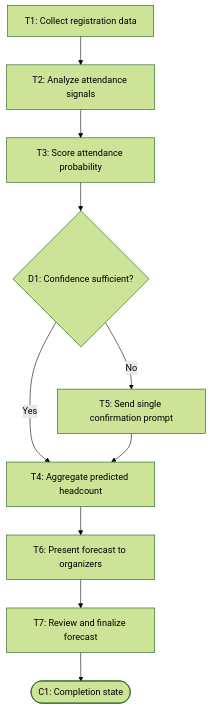
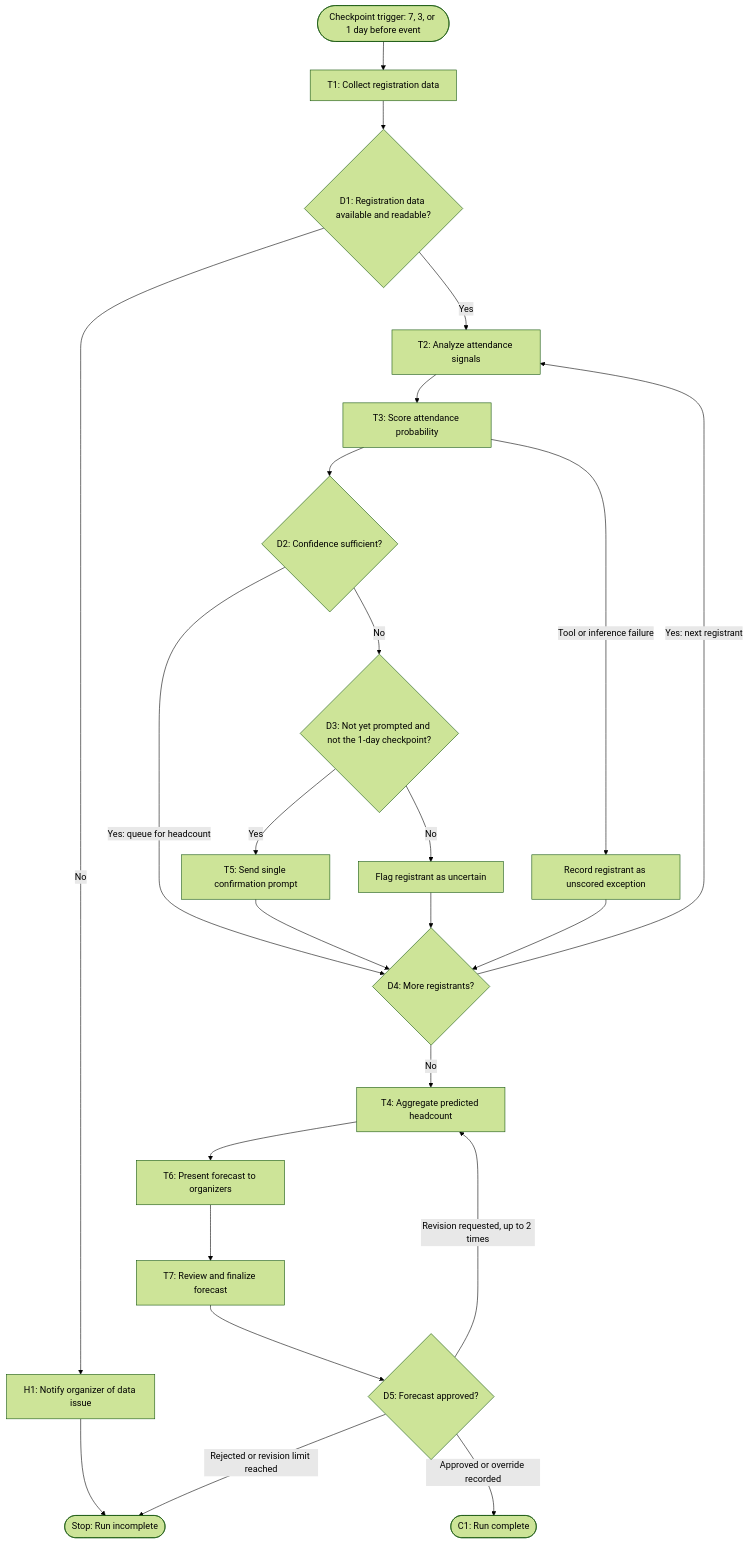
Before and after one commit to ChrisLim7/BUS4498_InClass_Builds: the diagram in my_first_agent/agent/workflow-of-tasks.md, drawn with Mermaid (forest theme). The commit also changed other lines of this file, not shown here.

Commit message:
Revise workflow with looops, exceptions, and organizer review

````diff
--- a/my_first_agent/agent/workflow-of-tasks.md
+++ b/my_first_agent/agent/workflow-of-tasks.md
@@ -23,12 +29,26 @@
 ```mermaid
 flowchart TD
-    T1[T1: Collect registration data] --> T2[T2: Analyze attendance signals]
+    S0([Checkpoint trigger: 7, 3, or 1 day before event]) --> T1[T1: Collect registration data]
+    T1 --> D1{D1: Registration data available and readable?}
+    D1 -->|No| H1[H1: Notify organizer of data issue]
+    H1 --> E1([Stop: Run incomplete])
+    D1 -->|Yes| T2[T2: Analyze attendance signals]
     T2 --> T3[T3: Score attendance probability]
-    T3 --> D1{D1: Confidence sufficient?}
-    D1 -->|Yes| T4[T4: Aggregate predicted headcount]
-    D1 -->|No| T5[T5: Send single confirmation prompt]
-    T5 --> T4
+    T3 -->|Tool or inference failure| X1[Record registrant as unscored exception]
+    T3 --> D2{D2: Confidence sufficient?}
+    D2 -->|Yes: queue for headcount| D4{D4: More registrants?}
+    D2 -->|No| D3{D3: Not yet prompted and not the 1-day checkpoint?}
+    D3 -->|Yes| T5[T5: Send single confirmation prompt]
+    D3 -->|No| F1[Flag registrant as uncertain]
+    T5 --> D4
+    F1 --> D4
+    X1 --> D4
+    D4 -->|Yes: next registrant| T2
+    D4 -->|No| T4[T4: Aggregate predicted headcount]
     T4 --> T6[T6: Present forecast to organizers]
     T6 --> T7[T7: Review and finalize forecast]
-    T7 --> C1([C1: Completion state])
+    T7 --> D5{D5: Forecast approved?}
+    D5 -->|Approved or override recorded| C1([C1: Run complete])
+    D5 -->|Revision requested, up to 2 times| T4
+    D5 -->|Rejected or revision limit reached| E1
 ```
````
